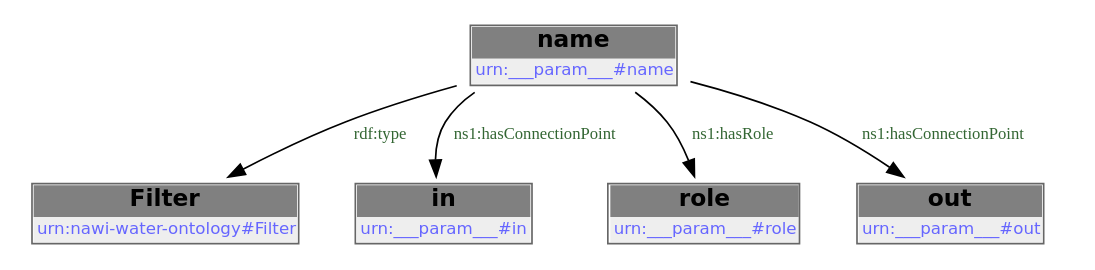
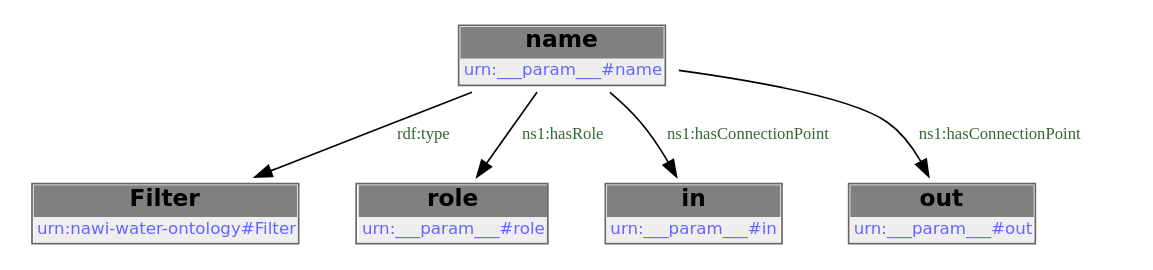
Before and after one commit to DataDrivenCPS/water-ontology: the first of 2 diagrams in docs/libraries/templates/filter.rst, drawn with Graphviz. The commit also changed other lines of this file and 33 other files, not shown here.

```diff
--- a/docs/libraries/templates/filter.rst
+++ b/docs/libraries/templates/filter.rst
@@ -78,14 +78,14 @@
         .. graphviz::
 
                 digraph G {
             node [fontname="DejaVu Sans"];
             node0 -> node1 [color=BLACK, label=< <font point-size='10' color='#336633'>rdf:type</font> >];
-            node0 -> node2 [color=BLACK, label=< <font point-size='10' color='#336633'>ns1:hasConnectionPoint</font> >];
-            node0 -> node3 [color=BLACK, label=< <font point-size='10' color='#336633'>ns1:hasRole</font> >];
+            node0 -> node2 [color=BLACK, label=< <font point-size='10' color='#336633'>ns1:hasRole</font> >];
+            node0 -> node3 [color=BLACK, label=< <font point-size='10' color='#336633'>ns1:hasConnectionPoint</font> >];
             node0 -> node4 [color=BLACK, label=< <font point-size='10' color='#336633'>ns1:hasConnectionPoint</font> >];
             node0 [shape=none, color=black, label=< <table color='#666666' cellborder='0' cellspacing='0' border='1'><tr><td colspan='2' bgcolor='grey'><B>name</B></td></tr><tr><td href='urn:___param___#name' bgcolor='#eeeeee' colspan='2'><font point-size='10' color='#6666ff'>urn:___param___#name</font></td></tr></table> >];
             node1 [shape=none, color=black, label=< <table color='#666666' cellborder='0' cellspacing='0' border='1'><tr><td colspan='2' bgcolor='grey'><B>Filter</B></td></tr><tr><td href='urn:nawi-water-ontology#Filter' bgcolor='#eeeeee' colspan='2'><font point-size='10' color='#6666ff'>urn:nawi-water-ontology#Filter</font></td></tr></table> >];
-            node2 [shape=none, color=black, label=< <table color='#666666' cellborder='0' cellspacing='0' border='1'><tr><td colspan='2' bgcolor='grey'><B>in</B></td></tr><tr><td href='urn:___param___#in' bgcolor='#eeeeee' colspan='2'><font point-size='10' color='#6666ff'>urn:___param___#in</font></td></tr></table> >];
-            node3 [shape=none, color=black, label=< <table color='#666666' cellborder='0' cellspacing='0' border='1'><tr><td colspan='2' bgcolor='grey'><B>role</B></td></tr><tr><td href='urn:___param___#role' bgcolor='#eeeeee' colspan='2'><font point-size='10' color='#6666ff'>urn:___param___#role</font></td></tr></table> >];
+            node2 [shape=none, color=black, label=< <table color='#666666' cellborder='0' cellspacing='0' border='1'><tr><td colspan='2' bgcolor='grey'><B>role</B></td></tr><tr><td href='urn:___param___#role' bgcolor='#eeeeee' colspan='2'><font point-size='10' color='#6666ff'>urn:___param___#role</font></td></tr></table> >];
+            node3 [shape=none, color=black, label=< <table color='#666666' cellborder='0' cellspacing='0' border='1'><tr><td colspan='2' bgcolor='grey'><B>in</B></td></tr><tr><td href='urn:___param___#in' bgcolor='#eeeeee' colspan='2'><font point-size='10' color='#6666ff'>urn:___param___#in</font></td></tr></table> >];
             node4 [shape=none, color=black, label=< <table color='#666666' cellborder='0' cellspacing='0' border='1'><tr><td colspan='2' bgcolor='grey'><B>out</B></td></tr><tr><td href='urn:___param___#out' bgcolor='#eeeeee' colspan='2'><font point-size='10' color='#6666ff'>urn:___param___#out</font></td></tr></table> >];
             }
```
